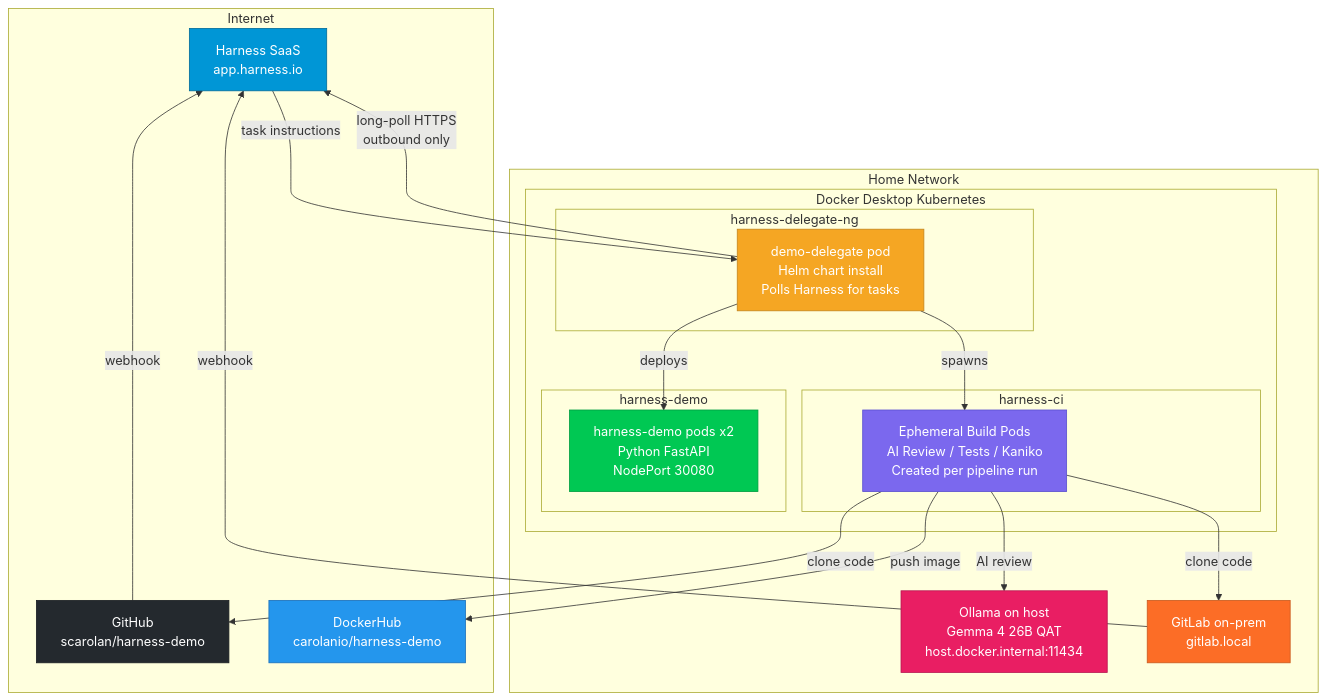
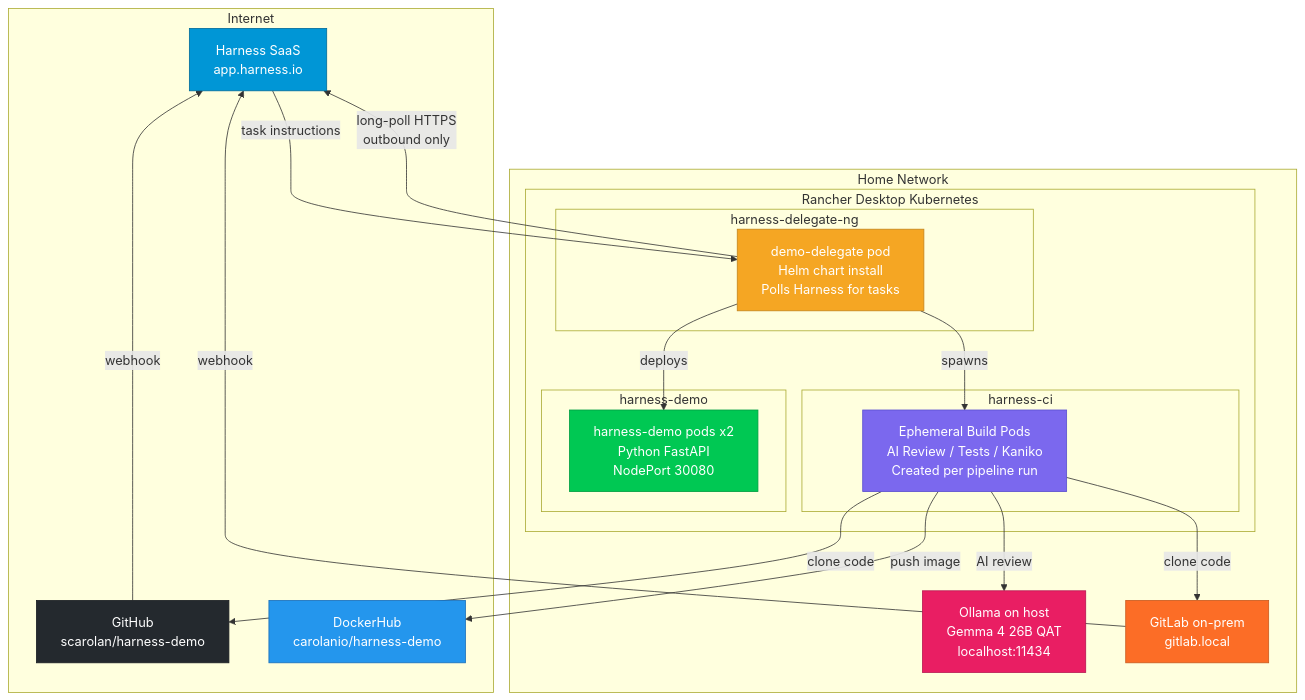
Before and after one commit to scarolan/harness-demo: the first of 4 diagrams in docs/ARCHITECTURE.md, drawn with Mermaid. The commit also changed other lines of this file and 5 other files, not shown here.

First line of the commit message:
Standardize on Rancher Desktop and localhost Ollama

````diff
--- a/docs/ARCHITECTURE.md
+++ b/docs/ARCHITECTURE.md
@@ -5,44 +5,44 @@
 ```mermaid
 graph TB
     subgraph Internet
         HARNESS[Harness SaaS<br/>app.harness.io]
         GITHUB[GitHub<br/>scarolan/harness-demo]
         DOCKERHUB[DockerHub<br/>carolanio/harness-demo]
     end
 
     subgraph Home Network
-        subgraph Docker Desktop Kubernetes
+        subgraph Rancher Desktop Kubernetes
             subgraph harness-delegate-ng
                 DELEGATE[demo-delegate pod<br/>Helm chart install<br/>Polls Harness for tasks]
             end
             subgraph harness-ci
                 BUILD[Ephemeral Build Pods<br/>AI Review / Tests / Kaniko<br/>Created per pipeline run]
             end
             subgraph harness-demo
                 APP1[harness-demo pods x2<br/>Python FastAPI<br/>NodePort 30080]
             end
         end
-        OLLAMA[Ollama on host<br/>Gemma 4 26B QAT<br/>host.docker.internal:11434]
+        OLLAMA[Ollama on host<br/>Gemma 4 26B QAT<br/>localhost:11434]
         GITLAB[GitLab on-prem<br/>gitlab.local]
     end
 
     GITHUB -->|webhook| HARNESS
     GITLAB -->|webhook| HARNESS
     DELEGATE -->|long-poll HTTPS<br/>outbound only| HARNESS
     HARNESS -->|task instructions| DELEGATE
     DELEGATE -->|spawns| BUILD
     DELEGATE -->|deploys| APP1
     BUILD -->|clone code| GITHUB
     BUILD -->|clone code| GITLAB
     BUILD -->|AI review| OLLAMA
     BUILD -->|push image| DOCKERHUB
 
     style HARNESS fill:#0096d6,stroke:#006b99,color:#fff
     style GITHUB fill:#24292e,stroke:#1b1f23,color:#fff
     style DOCKERHUB fill:#2496ed,stroke:#1a6fba,color:#fff
     style DELEGATE fill:#f5a623,stroke:#c4841c,color:#fff
     style BUILD fill:#7b68ee,stroke:#5a4fcf,color:#fff
     style APP1 fill:#00c853,stroke:#009e42,color:#fff
     style OLLAMA fill:#e91e63,stroke:#b71550,color:#fff
     style GITLAB fill:#fc6d26,stroke:#c95a1f,color:#fff
 ```
````
